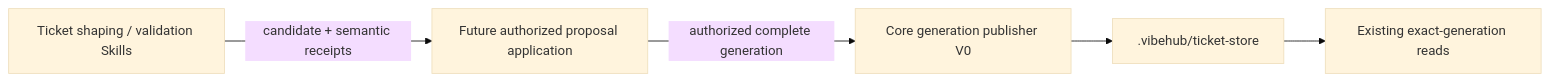
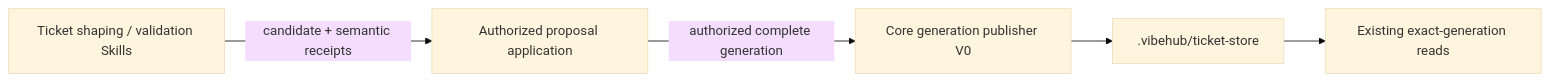
The diagram in META/09-ticket-runtime/artifacts/2026-07-28-ticket-generation-publisher-contract.md (VW-ai/vibehub-plugin), drawn with Mermaid (base theme) before and after one commit. The commit also changed other lines of this file and 41 other files, not shown here.

Commit message:
feat(ticket): add trusted proposal application runtime

````diff
--- a/META/09-ticket-runtime/artifacts/2026-07-28-ticket-generation-publisher-contract.md
+++ b/META/09-ticket-runtime/artifacts/2026-07-28-ticket-generation-publisher-contract.md
@@ -12,13 +12,13 @@
 ```mermaid
 flowchart LR
   Skill["Ticket shaping / validation Skills"]
-  Apply["Future authorized proposal application"]
+  Apply["Authorized proposal application"]
   Publisher["Core generation publisher V0"]
   Store[".vibehub/ticket-store"]
   Reads["Existing exact-generation reads"]
 
   Skill -->|"candidate + semantic receipts"| Apply
   Apply -->|"authorized complete generation"| Publisher
   Publisher --> Store
   Store --> Reads
 ```
````
